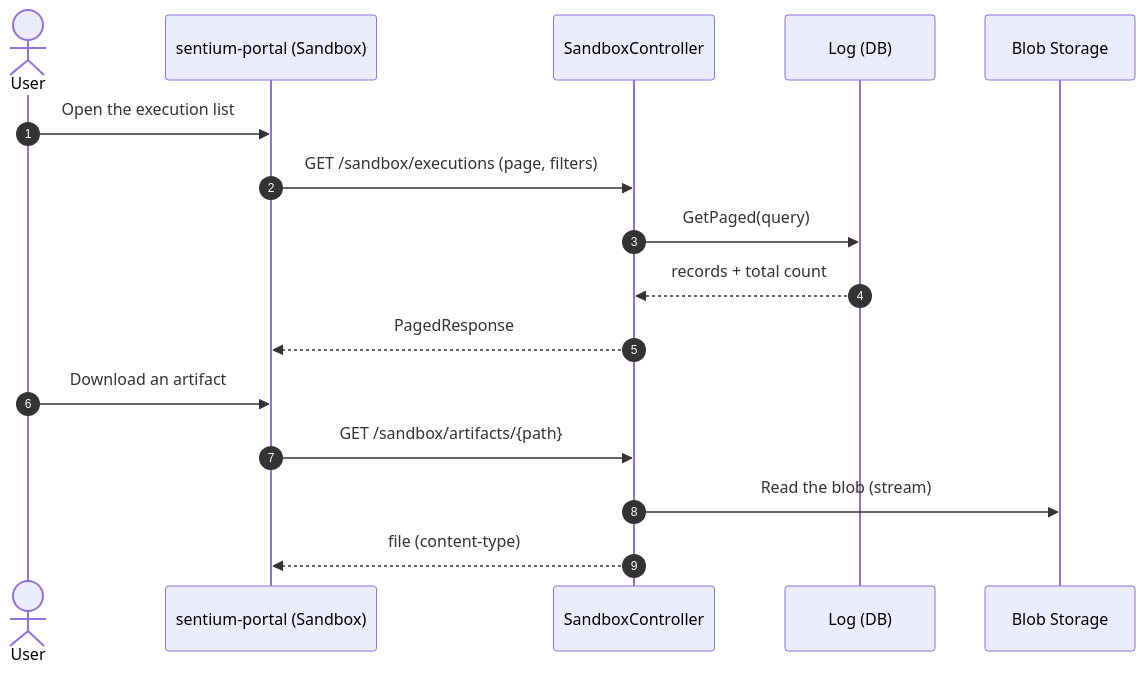
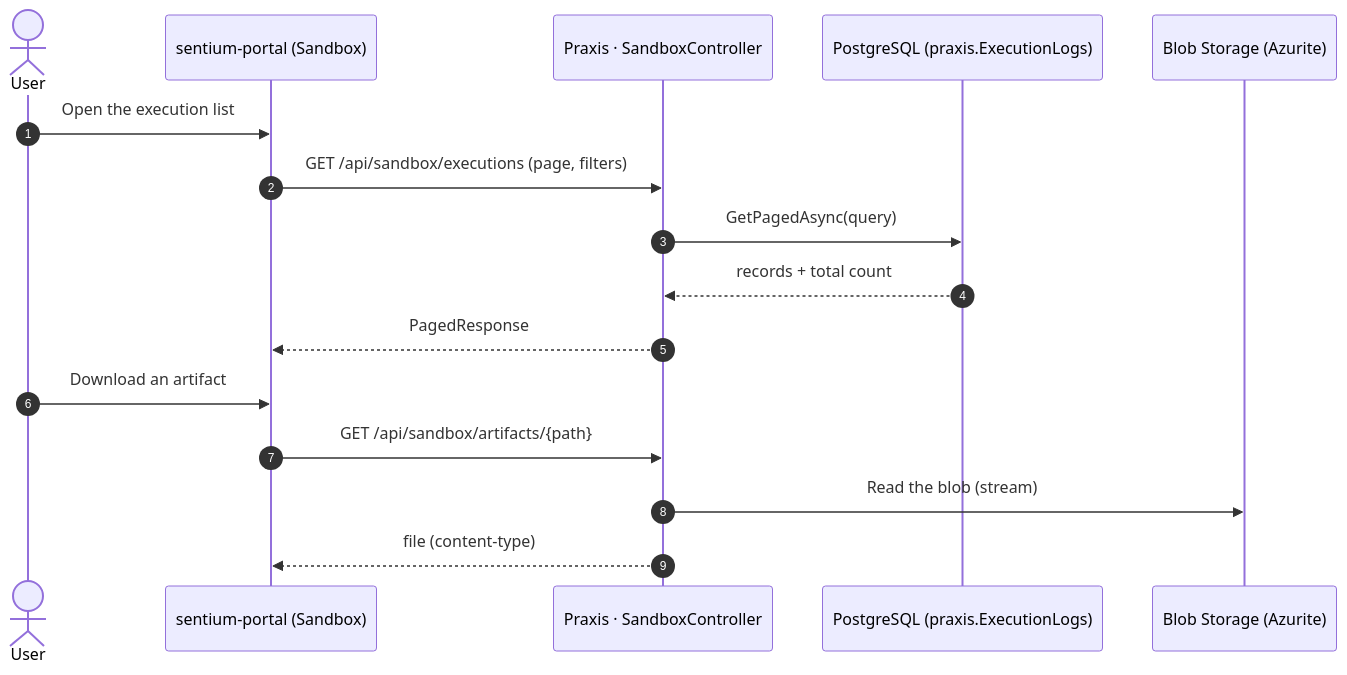
Before and after one commit to mihailshterev/sentium: the diagram in docs/diagrams/sandbox-3-execution-review.md, drawn with Mermaid. The commit also changed 99 other files, not shown here.

````diff
--- a/docs/diagrams/sandbox-3-execution-review.md
+++ b/docs/diagrams/sandbox-3-execution-review.md
@@ -1,19 +1,19 @@
 ```mermaid
 sequenceDiagram
     autonumber
     actor U as User
     participant FE as sentium-portal (Sandbox)
-    participant SC as SandboxController
-    participant LOG as Log (DB)
-    participant BL as Blob Storage
+    participant SC as Praxis · SandboxController
+    participant LOG as PostgreSQL (praxis.ExecutionLogs)
+    participant BL as Blob Storage (Azurite)
 
     U->>FE: Open the execution list
-    FE->>SC: GET /sandbox/executions (page, filters)
-    SC->>LOG: GetPaged(query)
+    FE->>SC: GET /api/sandbox/executions (page, filters)
+    SC->>LOG: GetPagedAsync(query)
     LOG-->>SC: records + total count
     SC-->>FE: PagedResponse
     U->>FE: Download an artifact
-    FE->>SC: GET /sandbox/artifacts/{path}
+    FE->>SC: GET /api/sandbox/artifacts/{path}
     SC->>BL: Read the blob (stream)
     SC-->>FE: file (content-type)
 ```
````
